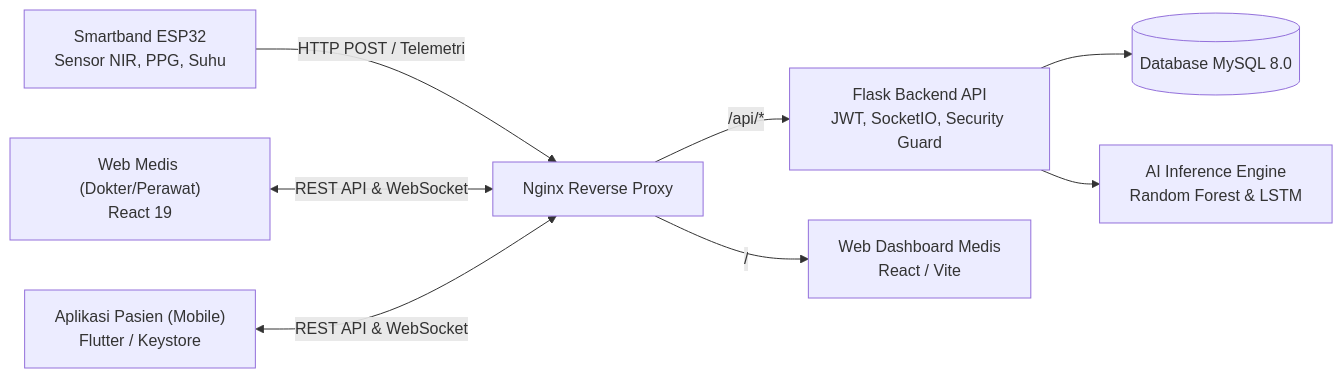
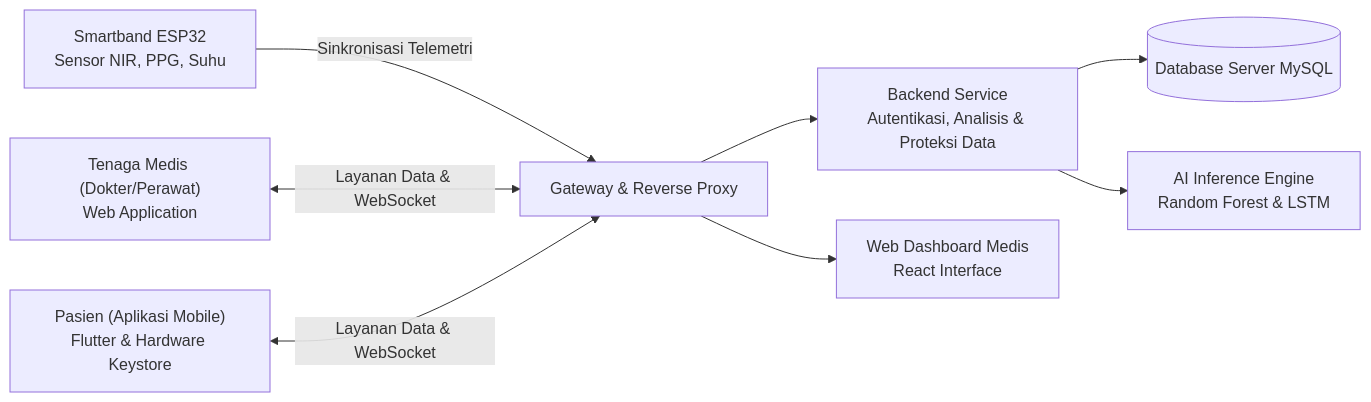
The diagram in README.md (atmwijaya/GlucoBand), drawn with Mermaid before and after one commit. The commit also changed other lines of this file, not shown here.

````diff
--- a/README.md
+++ b/README.md
@@ -9,11 +9,11 @@
 ```mermaid
 flowchart LR
-    ESP["Smartband ESP32<br>Sensor NIR, PPG, Suhu"] -->|HTTP POST / Telemetri| NGINX["Nginx Reverse Proxy"]
-    NGINX -->|/api/*| FLASK["Flask Backend API<br>JWT, SocketIO, Security Guard"]
-    NGINX -->|/| WEB_BUILD["Web Dashboard Medis<br>React / Vite"]
-    FLASK --> DB[("Database MySQL 8.0")]
+    ESP["Smartband ESP32<br>Sensor NIR, PPG, Suhu"] -->|Sinkronisasi Telemetri| GW["Gateway & Reverse Proxy"]
+    GW --> FLASK["Backend Service<br>Autentikasi, Analisis & Proteksi Data"]
+    GW --> WEB_BUILD["Web Dashboard Medis<br>React Interface"]
+    FLASK --> DB[("Database Server MySQL")]
     FLASK --> ML["AI Inference Engine<br>Random Forest & LSTM"]
     
-    WEB["Web Medis (Dokter/Perawat)<br>React 19"] <-->|REST API & WebSocket| NGINX
-    APP["Aplikasi Pasien (Mobile)<br>Flutter / Keystore"] <-->|REST API & WebSocket| NGINX
+    WEB["Tenaga Medis (Dokter/Perawat)<br>Web Application"] <-->|Layanan Data & WebSocket| GW
+    APP["Pasien (Aplikasi Mobile)<br>Flutter & Hardware Keystore"] <-->|Layanan Data & WebSocket| GW
 ```
````
